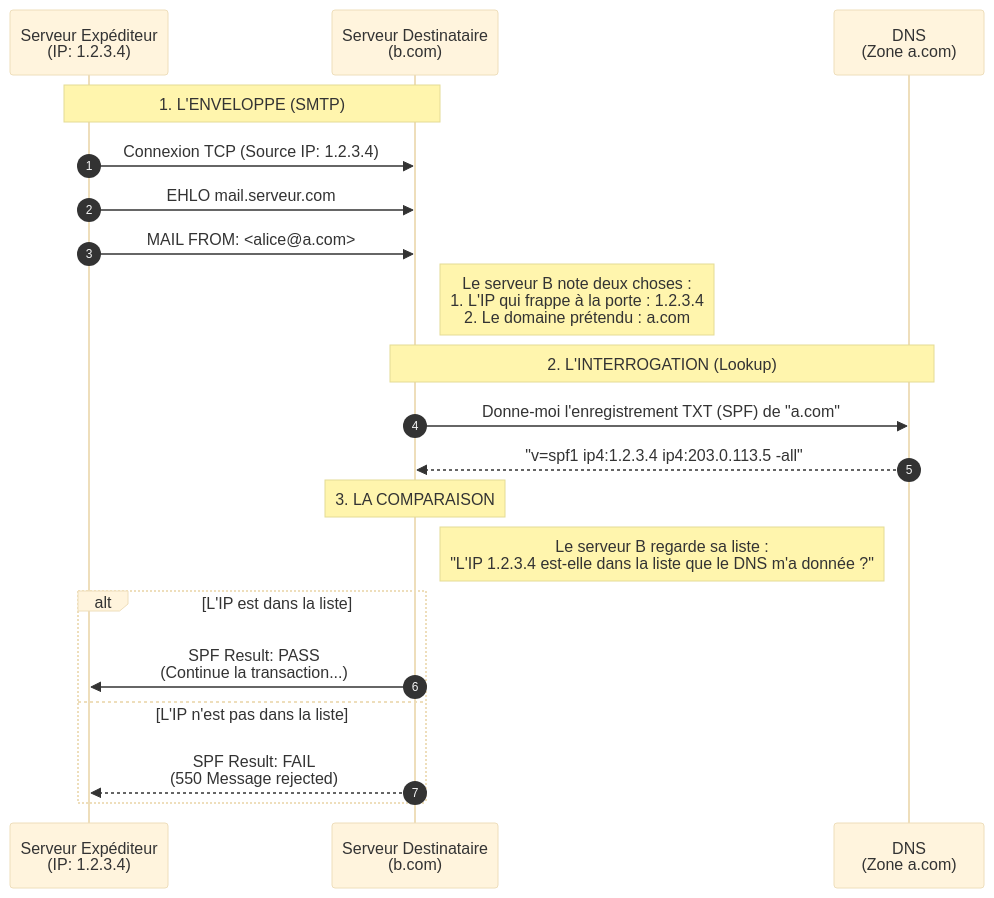
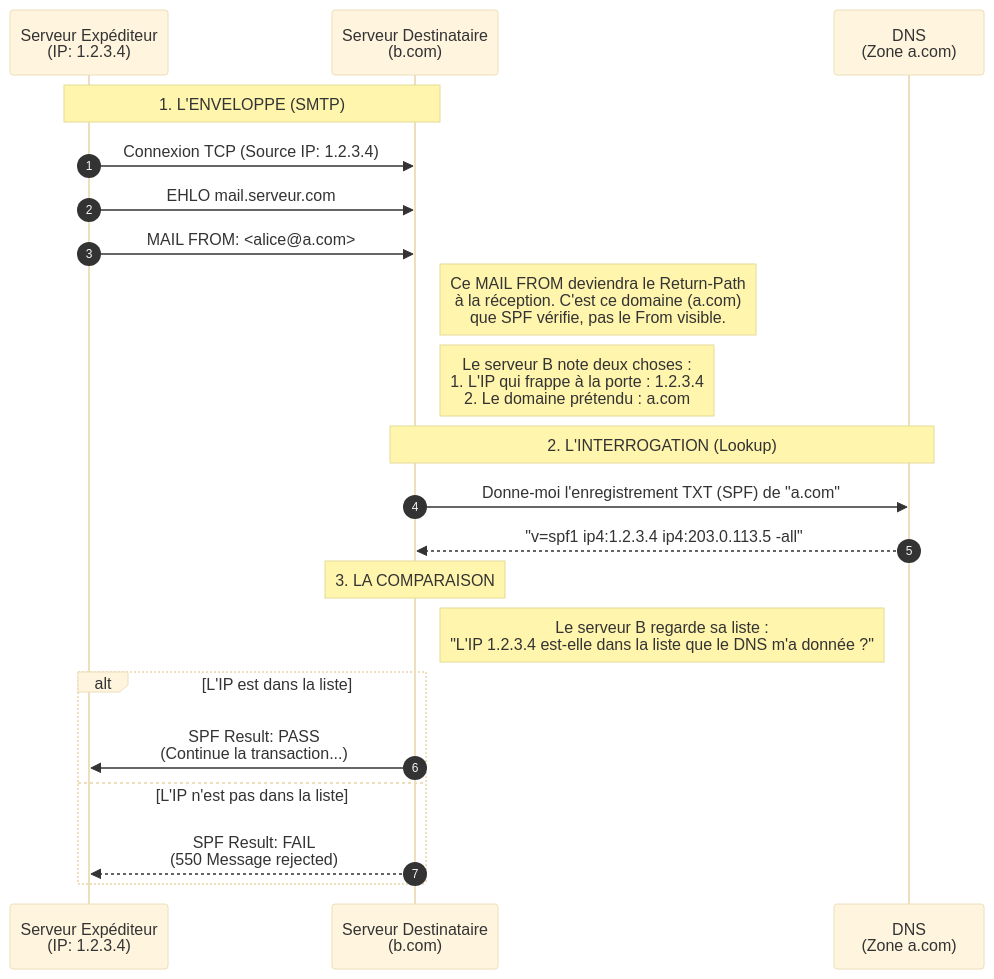
One commit to Yanal-Yves/blog changed the diagram in content/antispoofing-e-mail/04-spf-sender-policy-framework.md. Above: the diagram before and after it, drawn with Mermaid (base theme). The commit also changed other lines of this file and 38 other files, not shown here.

````diff
--- a/content/antispoofing-e-mail/04-spf-sender-policy-framework.md
+++ b/content/antispoofing-e-mail/04-spf-sender-policy-framework.md
@@ -16,28 +21,29 @@
 ```mermaid
 sequenceDiagram
   autonumber
   %% --- Acteurs ---
   participant Sender as Serveur Expéditeur<br/>(IP: 1.2.3.4)
   participant Receiver as Serveur Destinataire<br/>(b.com)
   participant DNS as DNS<br/>(Zone a.com)
  %% --- Étape 1 : Le transport ---
   Note over Sender, Receiver: 1. L'ENVELOPPE (SMTP)
   Sender->>Receiver: Connexion TCP (Source IP: 1.2.3.4)
   Sender->>Receiver: EHLO mail.serveur.com
   Sender->>Receiver: MAIL FROM: <alice@a.com>
+  Note right of Receiver: Ce MAIL FROM deviendra le Return-Path<br/>à la réception. C'est ce domaine (a.com)<br/>que SPF vérifie, pas le From visible.
   
   %% --- Le déclencheur ---
   Note right of Receiver: Le serveur B note deux choses :<br/>1. L'IP qui frappe à la porte : 1.2.3.4<br/>2. Le domaine prétendu : a.com
  %% --- Étape 2 : La consultation ---
   Note over Receiver, DNS: 2. L'INTERROGATION (Lookup)
   Receiver->>DNS: Donne-moi l'enregistrement TXT (SPF) de "a.com"
   DNS-->>Receiver: "v=spf1 ip4:1.2.3.4 ip4:203.0.113.5 -all"
  %% --- Étape 3 : La décision ---
   Note over Receiver: 3. LA COMPARAISON
   Note right of Receiver: Le serveur B regarde sa liste :<br/>"L'IP 1.2.3.4 est-elle dans la liste que le DNS m'a donnée ?"
  alt L'IP est dans la liste
     Receiver->>Sender: SPF Result: PASS<br/>(Continue la transaction...)
   else L'IP n'est pas dans la liste
     Receiver-->>Sender: SPF Result: FAIL<br/>(550 Message rejected)
 end
 ```
````
